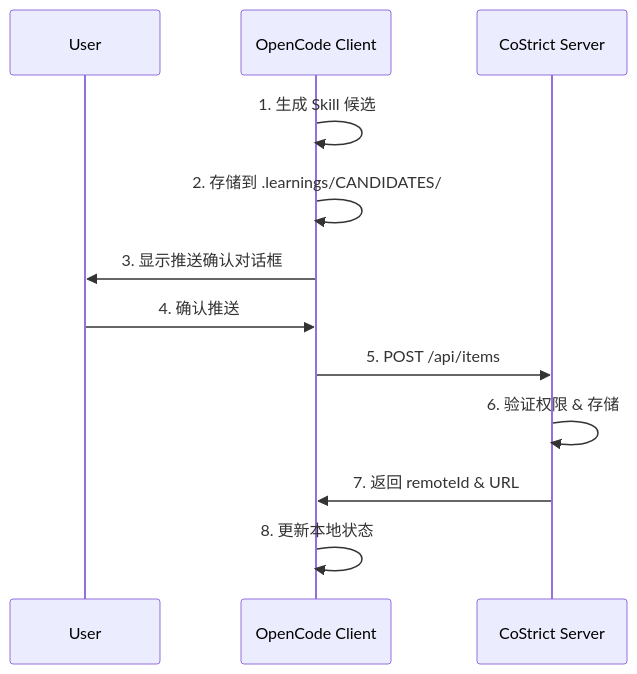
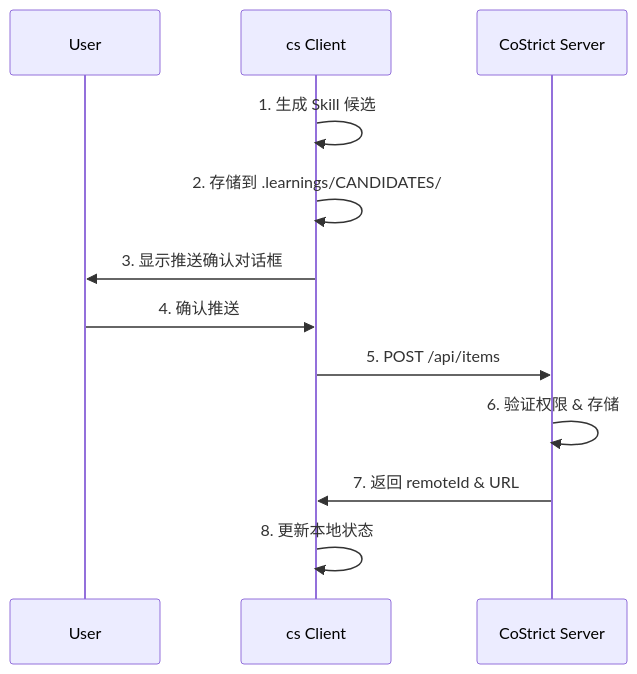
The fifth of 5 diagrams in docs/SKILL_GEN_AND_RECOMMENDATION.md (XDfield/costrict-web), drawn with Mermaid before and after one commit. The commit also changed other lines of this file and 6 other files, not shown here.

````diff
--- a/docs/SKILL_GEN_AND_RECOMMENDATION.md
+++ b/docs/SKILL_GEN_AND_RECOMMENDATION.md
@@ -791,15 +762,15 @@
 ```mermaid
 sequenceDiagram
     participant User
-    participant Client as OpenCode Client
+    participant Client as cs Client
     participant Server as CoStrict Server
 
     Client->>Client: 1. 生成 Skill 候选
     Client->>Client: 2. 存储到 .learnings/CANDIDATES/
     Client->>User: 3. 显示推送确认对话框
     User->>Client: 4. 确认推送
     Client->>Server: 5. POST /api/items
     Server->>Server: 6. 验证权限 & 存储
     Server->>Client: 7. 返回 remoteId & URL
     Client->>Client: 8. 更新本地状态
 ```
````
